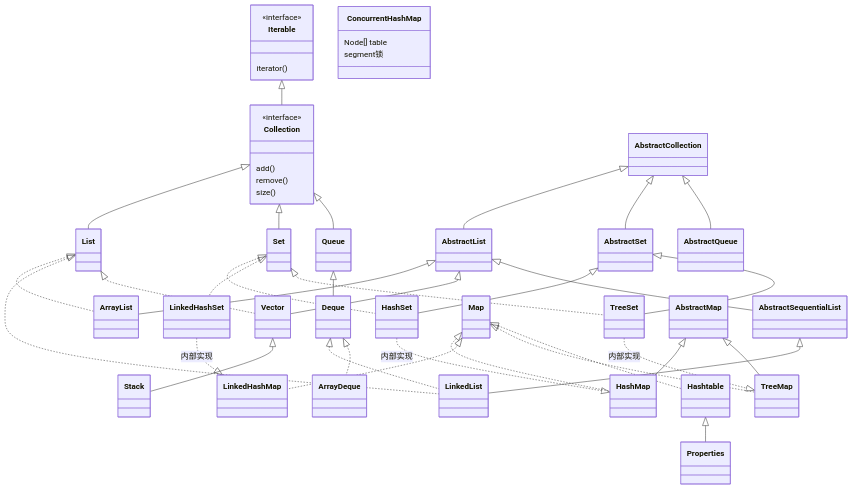
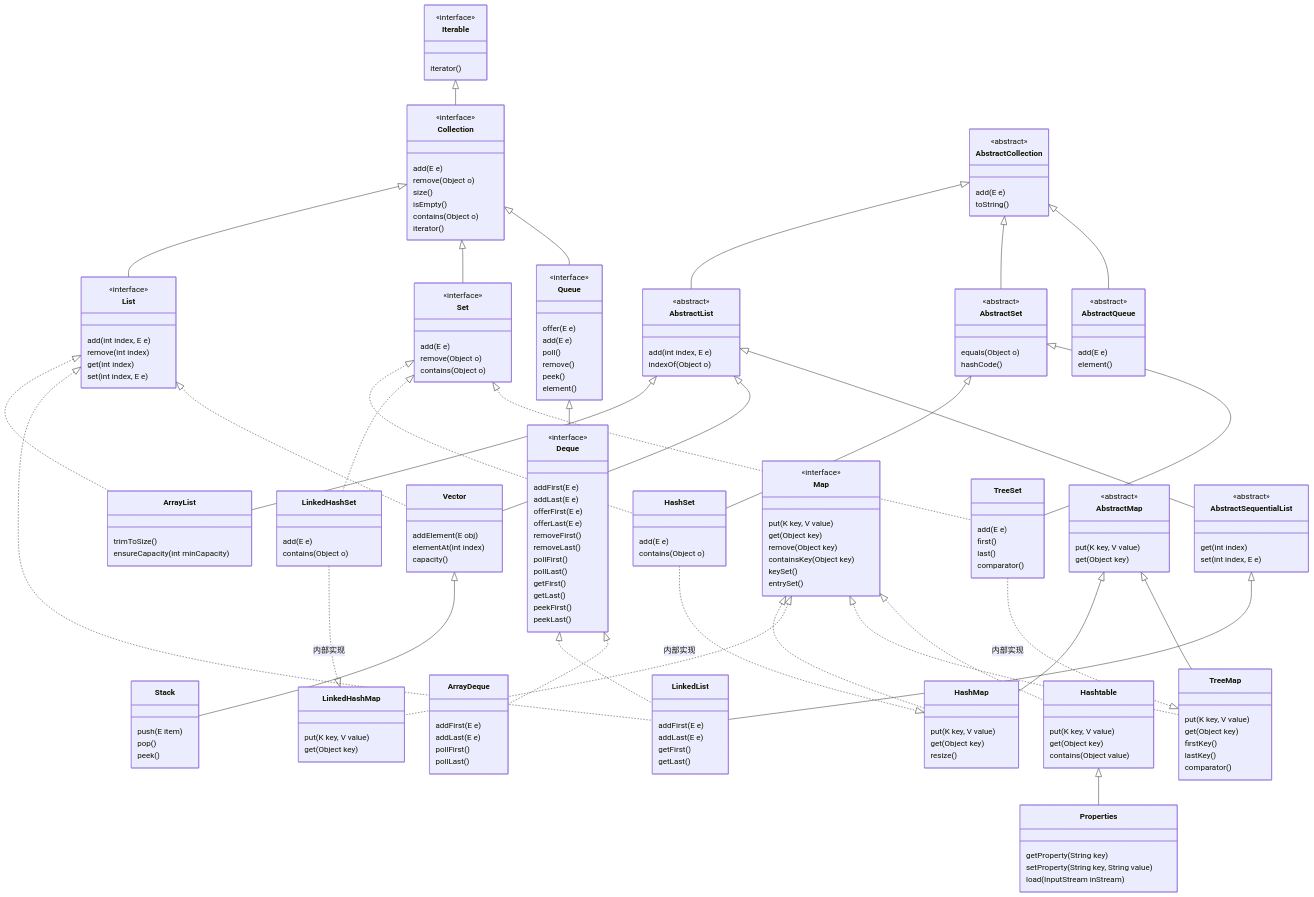
One commit to Gongzihang6/Gongzihang6.github.io changed the first of 6 diagrams in docs/blog/Computer Science/常用API.md. Above: the diagram before and after it, drawn with Mermaid. The commit also changed other lines of this file and 583 other files, not shown here.

````diff
--- a/docs/blog/Computer Science/常用API.md
+++ b/docs/blog/Computer Science/常用API.md
@@ -55,13 +53,178 @@
     
     class Collection {
         <<interface>>
-        add()
-        remove()
+        add(E e)
+        remove(Object o)
         size()
+        isEmpty()
+        contains(Object o)
+        iterator()
     }
     
-    class ConcurrentHashMap {
-        Node[] table
-        segment锁
+    class List {
+        <<interface>>
+        add(int index, E e)
+        remove(int index)
+        get(int index)
+        set(int index, E e)
     }
+    
+    class Set {
+        <<interface>>
+        add(E e)
+        remove(Object o)
+        contains(Object o)
+    }
+    
+    class Queue {
+        <<interface>>
+        offer(E e)
+        add(E e)
+        poll()
+        remove()
+        peek()
+        element()
+    }
+    
+    class Deque {
+        <<interface>>
+        addFirst(E e)
+        addLast(E e)
+        offerFirst(E e)
+        offerLast(E e)
+        removeFirst()
+        removeLast()
+        pollFirst()
+        pollLast()
+        getFirst()
+        getLast()
+        peekFirst()
+        peekLast()
+    }
+    
+    class Map {
+        <<interface>>
+        put(K key, V value)
+        get(Object key)
+        remove(Object key)
+        containsKey(Object key)
+        keySet()
+        entrySet()
+    }
+    
+    class ArrayList {
+        trimToSize()
+        ensureCapacity(int minCapacity)
+    }
+    
+    class LinkedList {
+        addFirst(E e)
+        addLast(E e)
+        getFirst()
+        getLast()
+    }
+    
+    class Vector {
+        addElement(E obj)
+        elementAt(int index)
+        capacity()
+    }
+    
+    class Stack {
+        push(E item)
+        pop()
+        peek()
+    }
+    
+    class HashSet {
+        add(E e)
+        contains(Object o)
+    }
+    
+    class LinkedHashSet {
+        add(E e)
+        contains(Object o)
+    }
+    
+    class TreeSet {
+        add(E e)
+        first()
+        last()
+        comparator()
+    }
+    
+    class HashMap {
+        put(K key, V value)
+        get(Object key)
+        resize()
+    }
+    
+    class LinkedHashMap {
+        put(K key, V value)
+        get(Object key)
+    }
+    
+    class TreeMap {
+        put(K key, V value)
+        get(Object key)
+        firstKey()
+        lastKey()
+        comparator()
+    }
+    
+    class Hashtable {
+        put(K key, V value)
+        get(Object key)
+        contains(Object value)
+    }
+    
+    class Properties {
+        getProperty(String key)
+        setProperty(String key, String value)
+        load(InputStream inStream)
+    }
+    
+    class ArrayDeque {
+        addFirst(E e)
+        addLast(E e)
+        pollFirst()
+        pollLast()
+    }
+    
+    class AbstractCollection {
+        <<abstract>>
+        add(E e)
+        toString()
+    }
+    
+    class AbstractList {
+        <<abstract>>
+        add(int index, E e)
+        indexOf(Object o)
+    }
+    
+    class AbstractSequentialList {
+        <<abstract>>
+        get(int index)
+        set(int index, E e)
+    }
+    
+    class AbstractSet {
+        <<abstract>>
+        equals(Object o)
+        hashCode()
+    }
+    
+    class AbstractQueue {
+        <<abstract>>
+        add(E e)
+        element()
+    }
+    
+    class AbstractMap {
+        <<abstract>>
+        put(K key, V value)
+        get(Object key)
+    }
+
 ```
````
